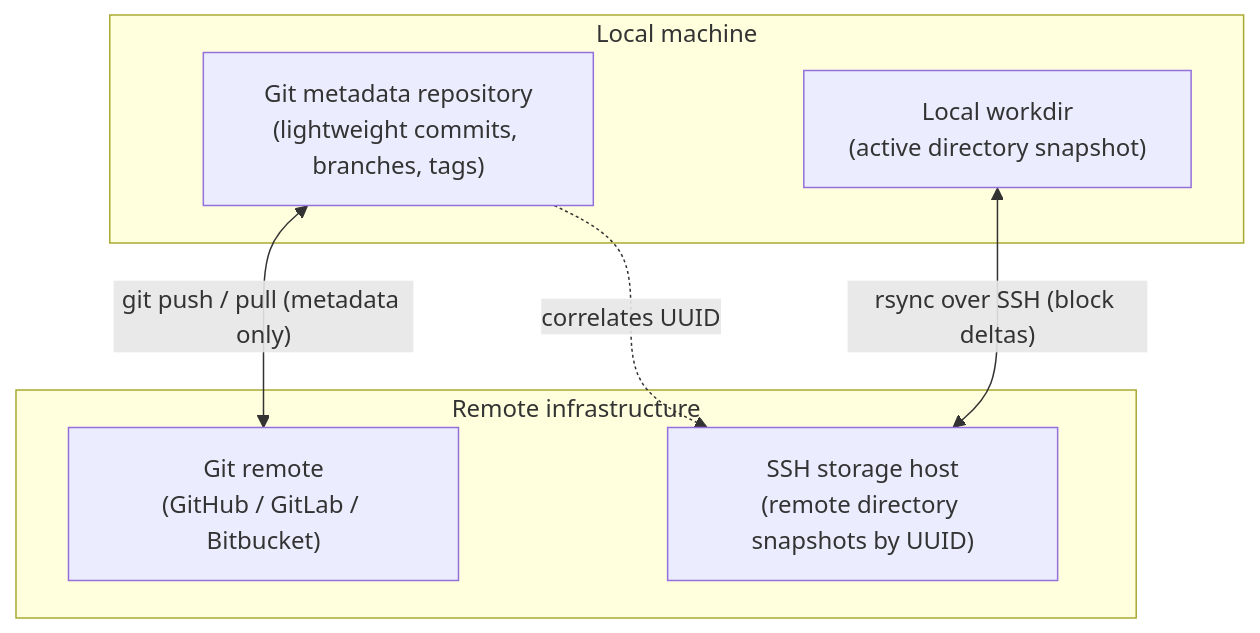
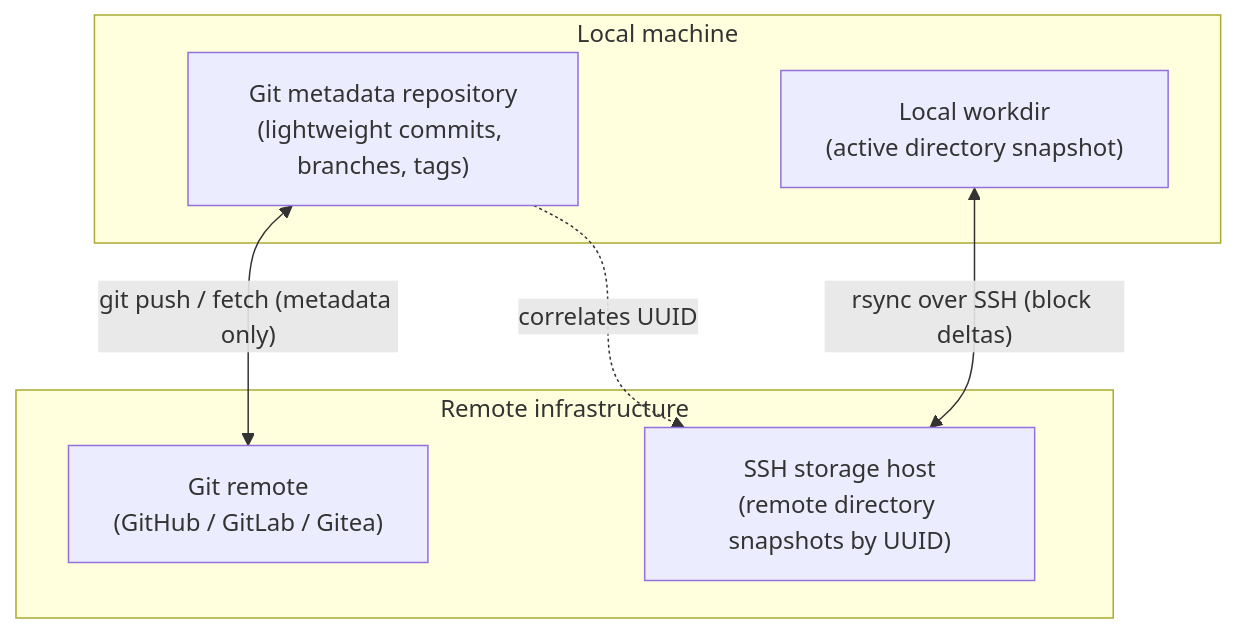
Before and after one commit to bvarnai/git-drev: the first of 2 diagrams in docs/user-guide/01-philosophy.md, drawn with Mermaid. The commit also changed other lines of this file and 8 other files, not shown here.

````diff
--- a/docs/user-guide/01-philosophy.md
+++ b/docs/user-guide/01-philosophy.md
@@ -28,16 +28,16 @@
 ```mermaid
 flowchart TD
     subgraph Local["Local machine"]
         GitRepo["Git metadata repository<br/>(lightweight commits, branches, tags)"]
         WorkDir["Local workdir<br/>(active directory snapshot)"]
     end
 
     subgraph Remote["Remote infrastructure"]
-        GitRemote["Git remote<br/>(GitHub / GitLab / Bitbucket)"]
+        GitRemote["Git remote<br/>(GitHub / GitLab / Gitea)"]
         StorageServer["SSH storage host<br/>(remote directory snapshots by UUID)"]
     end
 
-    GitRepo <-->|"git push / pull (metadata only)"| GitRemote
+    GitRepo <-->|"git push / fetch (metadata only)"| GitRemote
     WorkDir <-->|"rsync over SSH (block deltas)"| StorageServer
     GitRepo -.->|"correlates UUID"| StorageServer
 ```
````
